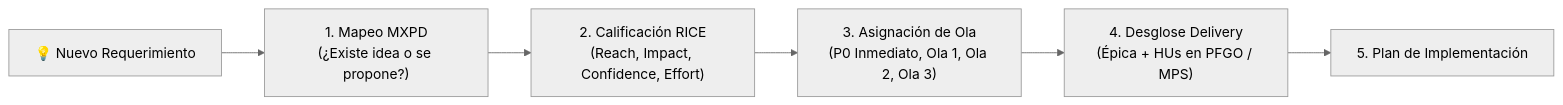
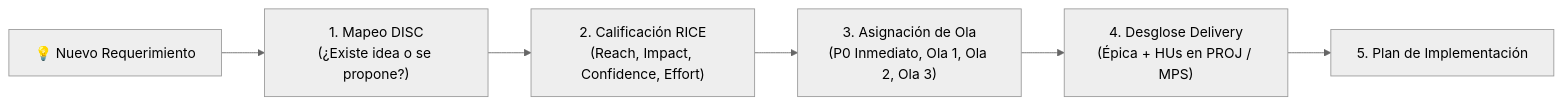
One commit to jgu7man/jg7-agent-skills changed the diagram in jira/references/product-discovery-workflow.md. Above: the diagram before and after it, drawn with Mermaid (neutral theme). The commit also changed other lines of this file and 46 other files, not shown here.

````diff
--- a/jira/references/product-discovery-workflow.md
+++ b/jira/references/product-discovery-workflow.md
@@ -16,8 +16,8 @@
 ```mermaid
 flowchart LR
-    A["💡 Nuevo Requerimiento"] --> B["1. Mapeo MXPD<br>(¿Existe idea o se propone?)"]
+    A["💡 Nuevo Requerimiento"] --> B["1. Mapeo DISC<br>(¿Existe idea o se propone?)"]
     B --> C["2. Calificación RICE<br>(Reach, Impact, Confidence, Effort)"]
     C --> D["3. Asignación de Ola<br>(P0 Inmediato, Ola 1, Ola 2, Ola 3)"]
-    D --> E["4. Desglose Delivery<br>(Épica + HUs en PFGO / MPS)"]
+    D --> E["4. Desglose Delivery<br>(Épica + HUs en PROJ / MPS)"]
     E --> F["5. Plan de Implementación"]
 ```
````
